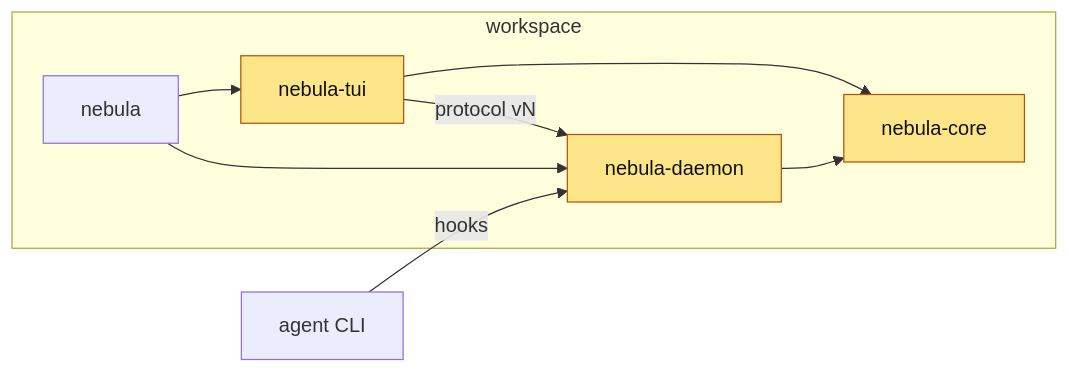
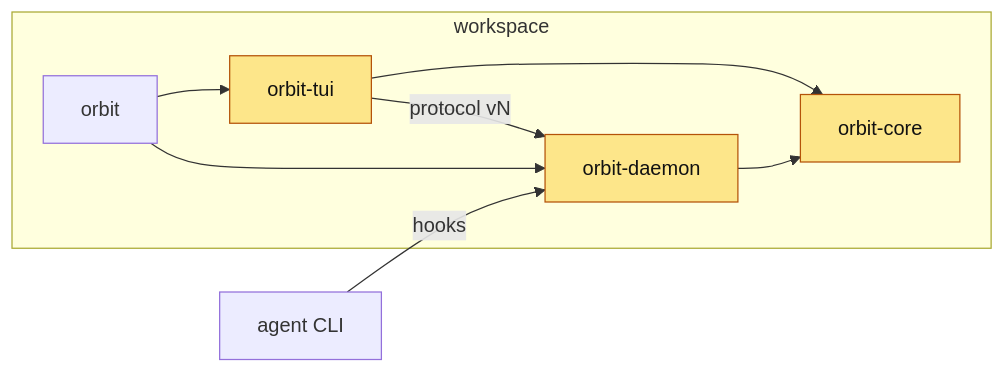
Before and after one commit to AgentSystemLabs/nebula: the diagram in .claude/skills/pr-description/templates/10-crate-map.md, drawn with Mermaid. The commit also changed other lines of this file and 436 other files, not shown here.

First line of the commit message:
Rebrand nebula to orbit

````diff
--- a/.claude/skills/pr-description/templates/10-crate-map.md
+++ b/.claude/skills/pr-description/templates/10-crate-map.md
@@ -33,17 +33,17 @@
 ```mermaid
 flowchart LR
   subgraph ws["workspace"]
-    core["nebula-core"]
-    daemon["nebula-daemon"]
-    tui["nebula-tui"]
-    cli["nebula"]
+    core["orbit-core"]
+    daemon["orbit-daemon"]
+    tui["orbit-tui"]
+    cli["orbit"]
   end
   cli --> daemon
   cli --> tui
   tui -->|"protocol vN"| daemon
   daemon --> core
   tui --> core
   agent["agent CLI"] -->|"hooks"| daemon
   classDef changed fill:#fde68a,stroke:#b45309,color:#111
   class core,daemon,tui changed
 ```
````
